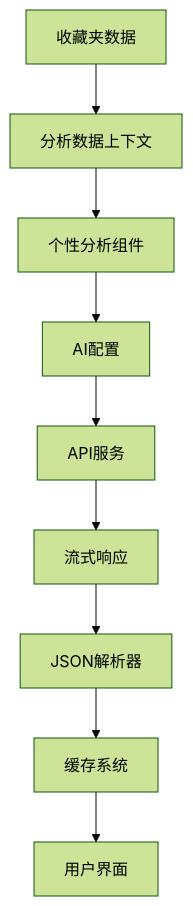
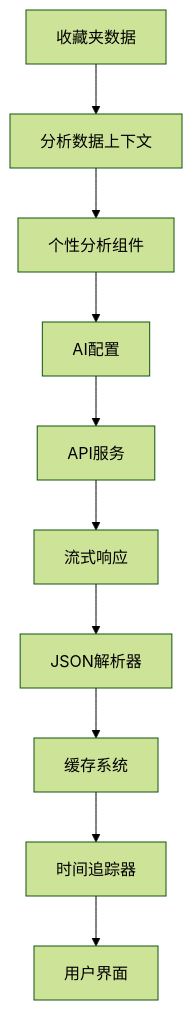
Before and after one commit to RadiumAg/bilibili-favorites: the eighth of 8 diagrams in .qoder/repowiki/zh/content/核心功能模块/智能分析系统/MBTI人格分析系统.md, drawn with Mermaid (forest theme). The commit also changed other lines of this file and 47 other files, not shown here.

````diff
--- a/.qoder/repowiki/zh/content/核心功能模块/智能分析系统/MBTI人格分析系统.md
+++ b/.qoder/repowiki/zh/content/核心功能模块/智能分析系统/MBTI人格分析系统.md
@@ -297,11 +348,12 @@
 ```mermaid
 flowchart TD
 FavoriteData[收藏夹数据] --> AnalysisData[分析数据上下文]
 AnalysisData --> PersonalityAnalysis[个性分析组件]
 PersonalityAnalysis --> AIConfig[AI配置]
 AIConfig --> APIService[API服务]
 APIService --> StreamResponse[流式响应]
 StreamResponse --> JSONParser[JSON解析器]
 JSONParser --> Cache[缓存系统]
-Cache --> UI[用户界面]
+Cache --> TimeTracker[时间追踪器]
+TimeTracker --> UI[用户界面]
 ```
````
